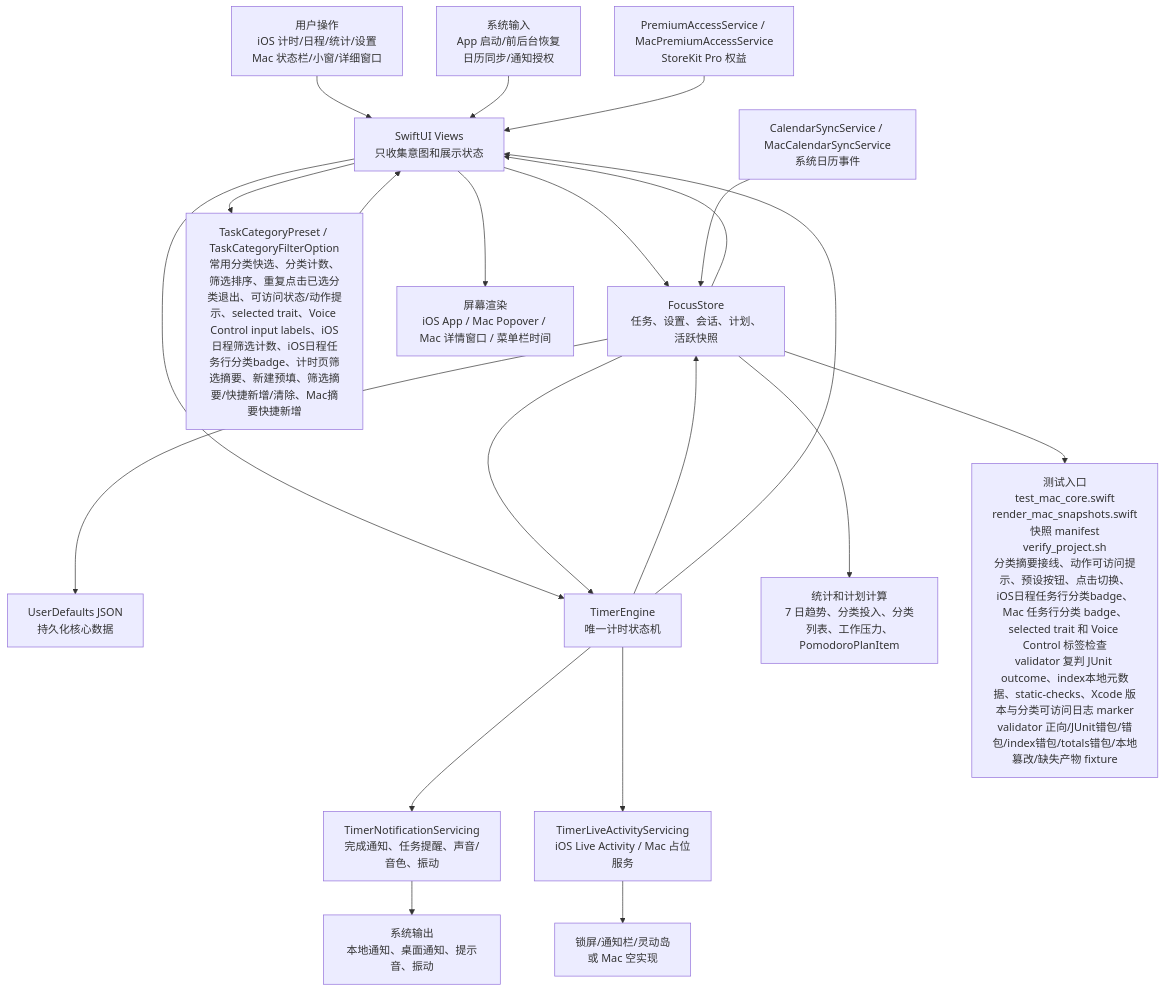
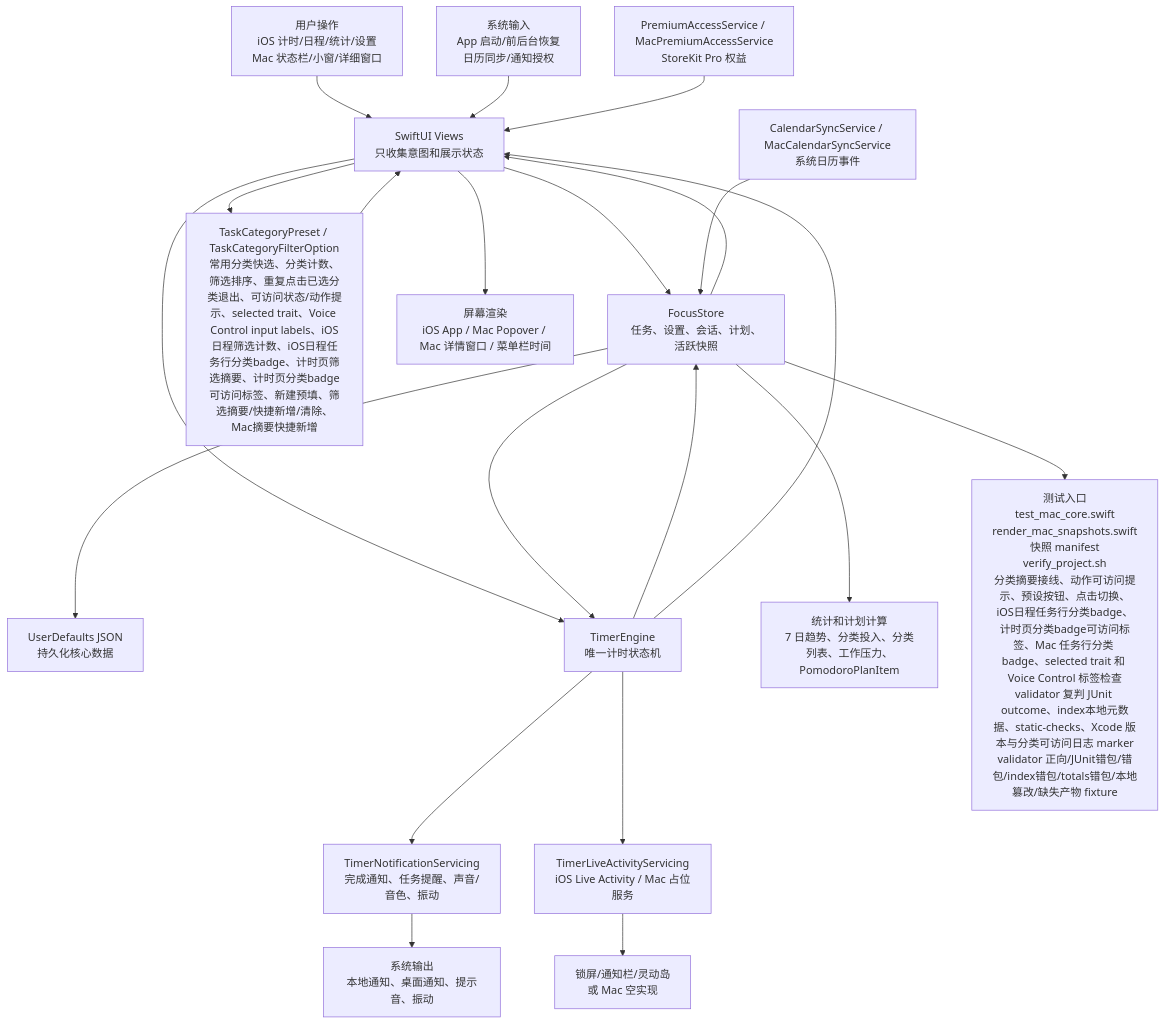
The first of 6 diagrams in md/flow/flowchart.md (Altman-sam114/114), drawn with Mermaid before and after one commit. The commit also changed other lines of this file and 7 other files, not shown here.

````diff
--- a/md/flow/flowchart.md
+++ b/md/flow/flowchart.md
@@ -9,23 +9,23 @@
 ```mermaid
 flowchart TD
   U["用户操作<br/>iOS 计时/日程/统计/设置<br/>Mac 状态栏/小窗/详细窗口"] --> V["SwiftUI Views<br/>只收集意图和展示状态"]
   SYS["系统输入<br/>App 启动/前后台恢复<br/>日历同步/通知授权"] --> V
   V --> S["FocusStore<br/>任务、设置、会话、计划、活跃快照"]
-  V --> CAT["TaskCategoryPreset / TaskCategoryFilterOption<br/>常用分类快选、分类计数、筛选排序、重复点击已选分类退出、可访问状态/动作提示、selected trait、Voice Control input labels、iOS日程筛选计数、iOS日程任务行分类badge、计时页筛选摘要、新建预填、筛选摘要/快捷新增/清除、Mac摘要快捷新增"]
+  V --> CAT["TaskCategoryPreset / TaskCategoryFilterOption<br/>常用分类快选、分类计数、筛选排序、重复点击已选分类退出、可访问状态/动作提示、selected trait、Voice Control input labels、iOS日程筛选计数、iOS日程任务行分类badge、计时页筛选摘要、计时页分类badge可访问标签、新建预填、筛选摘要/快捷新增/清除、Mac摘要快捷新增"]
   CAT --> V
   S --> P["UserDefaults JSON<br/>持久化核心数据"]
   V --> E["TimerEngine<br/>唯一计时状态机"]
   S --> E
   E --> S
   E --> N["TimerNotificationServicing<br/>完成通知、任务提醒、声音/音色、振动"]
   E --> L["TimerLiveActivityServicing<br/>iOS Live Activity / Mac 占位服务"]
   S --> C["统计和计划计算<br/>7 日趋势、分类投入、分类列表、工作压力、PomodoroPlanItem"]
   CAL["CalendarSyncService / MacCalendarSyncService<br/>系统日历事件"] --> S
   PRO["PremiumAccessService / MacPremiumAccessService<br/>StoreKit Pro 权益"] --> V
   S --> V
   E --> V
   V --> OUT["屏幕渲染<br/>iOS App / Mac Popover / Mac 详情窗口 / 菜单栏时间"]
   N --> OUT2["系统输出<br/>本地通知、桌面通知、提示音、振动"]
   L --> OUT3["锁屏/通知栏/灵动岛<br/>或 Mac 空实现"]
-  S --> T["测试入口<br/>test_mac_core.swift<br/>render_mac_snapshots.swift<br/>快照 manifest<br/>verify_project.sh<br/>分类摘要接线、动作可访问提示、预设按钮、点击切换、iOS日程任务行分类badge、Mac 任务行分类 badge、selected trait 和 Voice Control 标签检查<br/>validator 复判 JUnit outcome、index本地元数据、static-checks、Xcode 版本与分类可访问日志 marker<br/>validator 正向/JUnit错包/错包/index错包/totals错包/本地篡改/缺失产物 fixture"]
+  S --> T["测试入口<br/>test_mac_core.swift<br/>render_mac_snapshots.swift<br/>快照 manifest<br/>verify_project.sh<br/>分类摘要接线、动作可访问提示、预设按钮、点击切换、iOS日程任务行分类badge、计时页分类badge可访问标签、Mac 任务行分类 badge、selected trait 和 Voice Control 标签检查<br/>validator 复判 JUnit outcome、index本地元数据、static-checks、Xcode 版本与分类可访问日志 marker<br/>validator 正向/JUnit错包/错包/index错包/totals错包/本地篡改/缺失产物 fixture"]
 ```
````
